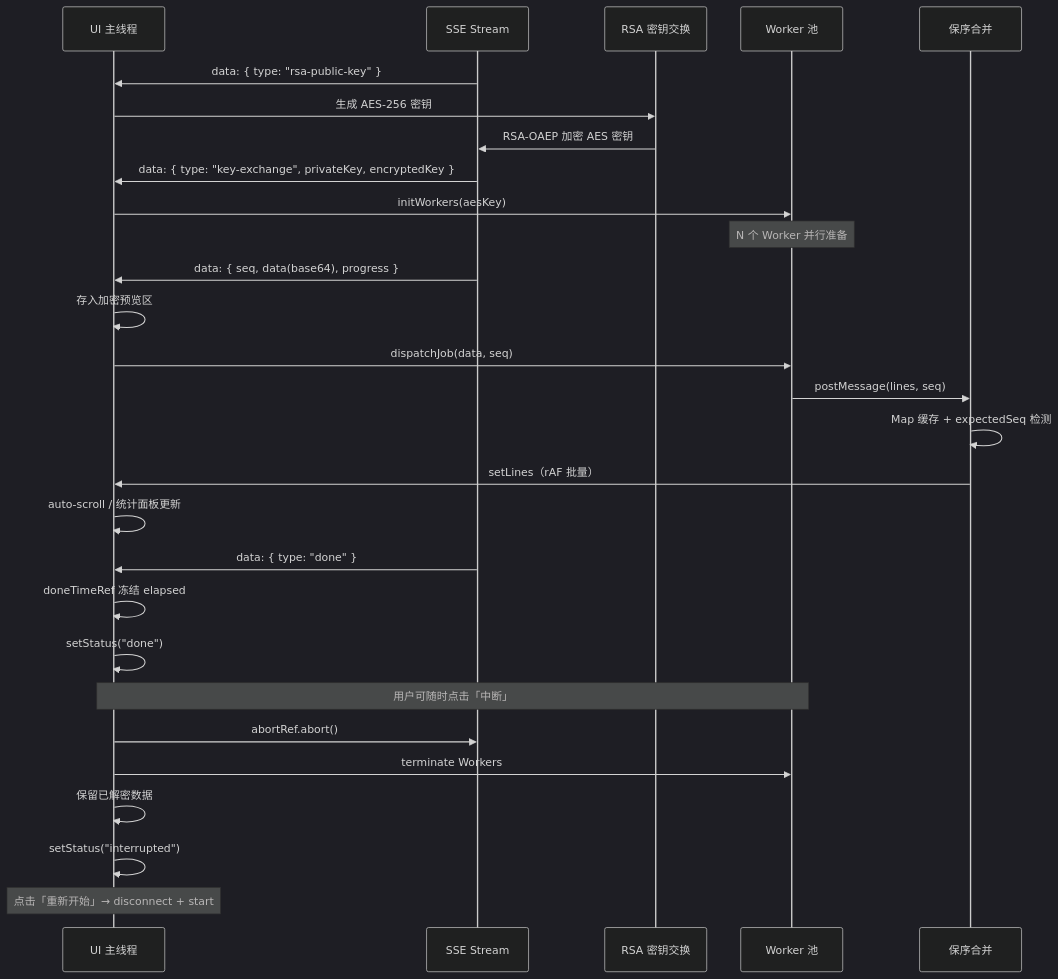
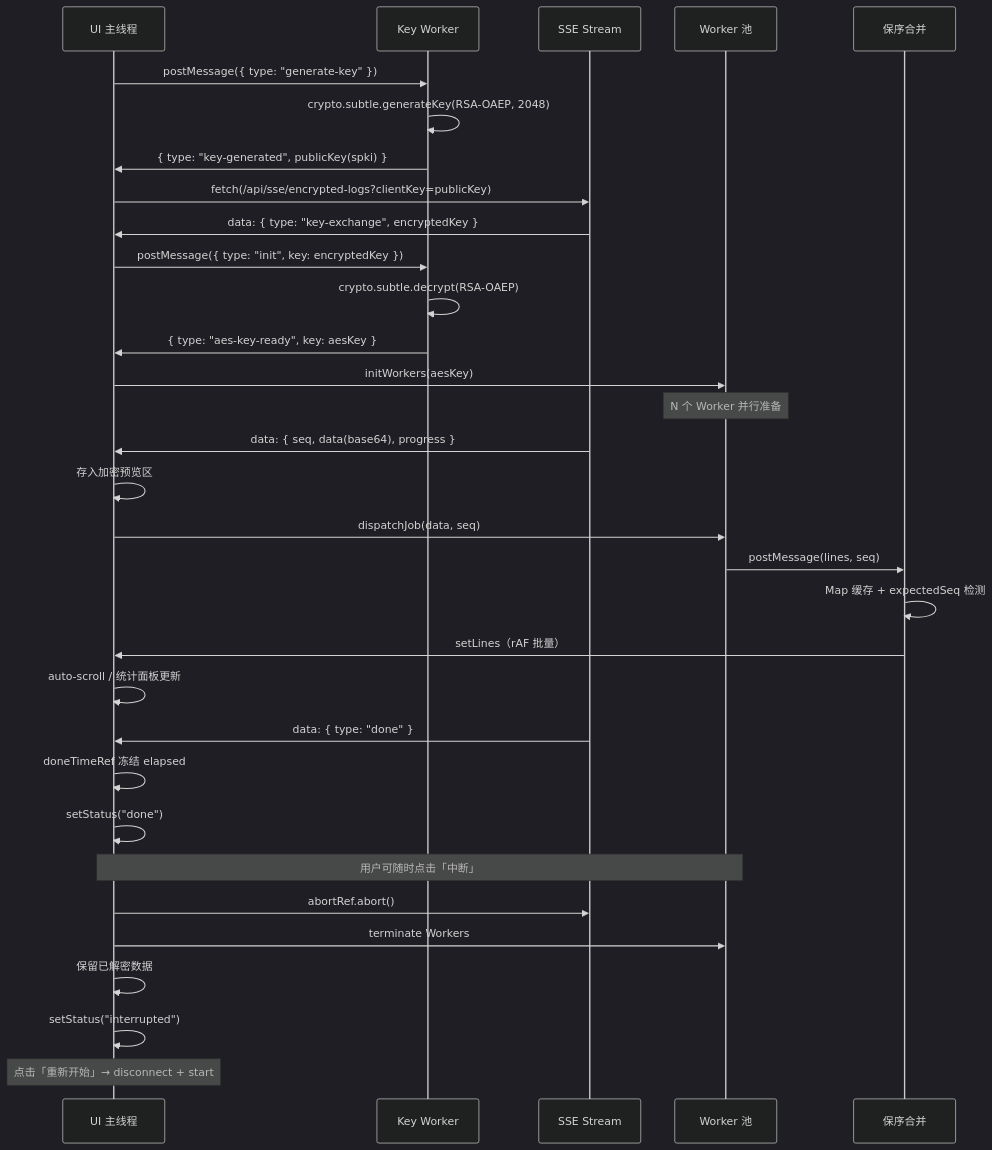
Diagram 23 of 46 in docs/面试亮点.md (KMaybe01/interview-demo), drawn with Mermaid (dark theme) before and after one commit. The commit also changed other lines of this file and 22 other files, not shown here.

````diff
--- a/docs/面试亮点.md
+++ b/docs/面试亮点.md
@@ -3708,35 +3712,39 @@
 ```mermaid
 sequenceDiagram
     participant UI as UI 主线程
+    participant Worker as Key Worker
     participant SSE as SSE Stream
-    participant RSA as RSA 密钥交换
     participant Pool as Worker 池
     participant Merge as 保序合并
 
-    SSE->>UI: data: { type: "rsa-public-key" }
-    UI->>RSA: 生成 AES-256 密钥
-    RSA->>SSE: RSA-OAEP 加密 AES 密钥
-    SSE->>UI: data: { type: "key-exchange", privateKey, encryptedKey }
+    UI->>Worker: postMessage({ type: "generate-key" })
+    Worker->>Worker: crypto.subtle.generateKey(RSA-OAEP, 2048)
+    Worker->>UI: { type: "key-generated", publicKey(spki) }
+    UI->>SSE: fetch(/api/sse/encrypted-logs?clientKey=publicKey)
+    SSE->>UI: data: { type: "key-exchange", encryptedKey }
+    UI->>Worker: postMessage({ type: "init", key: encryptedKey })
+    Worker->>Worker: crypto.subtle.decrypt(RSA-OAEP)
+    Worker->>UI: { type: "aes-key-ready", key: aesKey }
     UI->>Pool: initWorkers(aesKey)
     Note over Pool: N 个 Worker 并行准备
 
     SSE->>UI: data: { seq, data(base64), progress }
     UI->>UI: 存入加密预览区
     UI->>Pool: dispatchJob(data, seq)
     Pool->>Merge: postMessage(lines, seq)
     Merge->>Merge: Map 缓存 + expectedSeq 检测
     Merge->>UI: setLines（rAF 批量）
     UI->>UI: auto-scroll / 统计面板更新
 
     SSE->>UI: data: { type: "done" }
     UI->>UI: doneTimeRef 冻结 elapsed
     UI->>UI: setStatus("done")
 
     Note over UI,Pool: 用户可随时点击「中断」
     UI->>SSE: abortRef.abort()
     UI->>Pool: terminate Workers
     UI->>UI: 保留已解密数据
     UI->>UI: setStatus("interrupted")
 
     Note over UI: 点击「重新开始」→ disconnect + start
 ```
````
